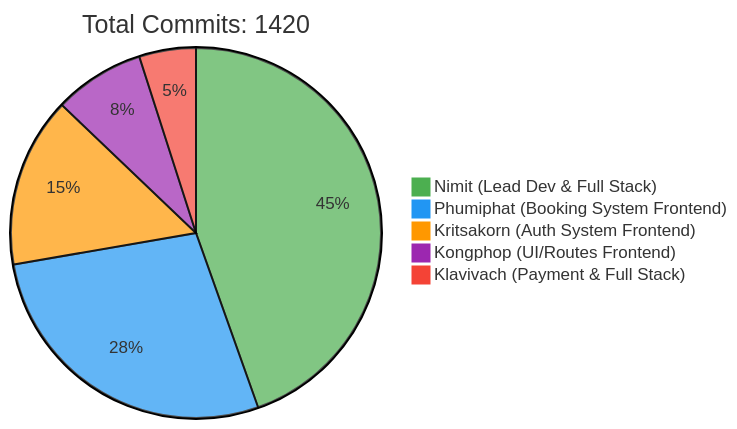
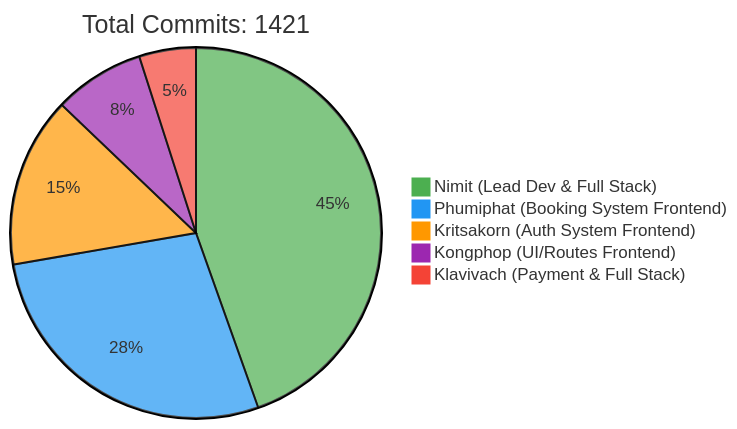
Before and after one commit to 6531503042/Sport-Complex: the first of 2 diagrams in README.md, drawn with Mermaid. The commit also changed other lines of this file, not shown here.

Commit message:
docs: Update contributor statistics [skip ci]

````diff
--- a/README.md
+++ b/README.md
@@ -257,10 +257,10 @@
 ```mermaid
 %%{init: {'theme': 'base', 'themeVariables': { 'pie1': '#4CAF50', 'pie2': '#2196F3', 'pie3': '#FF9800', 'pie4': '#9C27B0', 'pie5': '#F44336'}}}%%
 pie
-    title Total Commits: 1420
+    title Total Commits: 1421
     "Nimit (Lead Dev & Full Stack)" : 450
     "Phumiphat (Booking System Frontend)" : 280
     "Kritsakorn (Auth System Frontend)" : 150
     "Kongphop (UI/Routes Frontend)" : 80
     "Klavivach (Payment & Full Stack)" : 50
 ```
````
